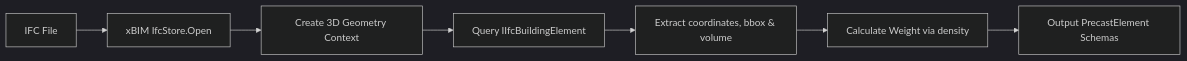
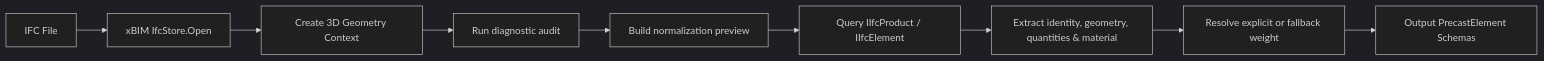
Before and after one commit to ITI-intake46/CranePathOptimizer: the diagram in docs/domain/ifc.md, drawn with Mermaid (dark theme). The commit also changed other lines of this file and 13 other files, not shown here.

Commit message:
docs: finalize implementation-aligned documentation and refactoring roadmap for ifc

````diff
--- a/docs/domain/ifc.md
+++ b/docs/domain/ifc.md
@@ -9,9 +9,11 @@
 ```mermaid
 graph LR
     BIM[IFC File] --> Open[xBIM IfcStore.Open]
     Open --> Context[Create 3D Geometry Context]
-    Context --> Filter[Query IIfcBuildingElement]
-    Filter --> Parse[Extract coordinates, bbox & volume]
-    Parse --> Weight[Calculate Weight via density]
+    Context --> Audit[Run diagnostic audit]
+    Audit --> Normalize[Build normalization preview]
+    Normalize --> Filter[Query IIfcProduct / IIfcElement]
+    Filter --> Parse[Extract identity, geometry, quantities & material]
+    Parse --> Weight[Resolve explicit or fallback weight]
     Weight --> DTO[Output PrecastElement Schemas]
 ```
````
